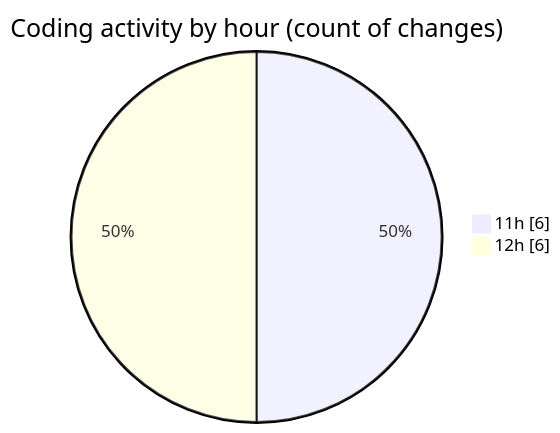
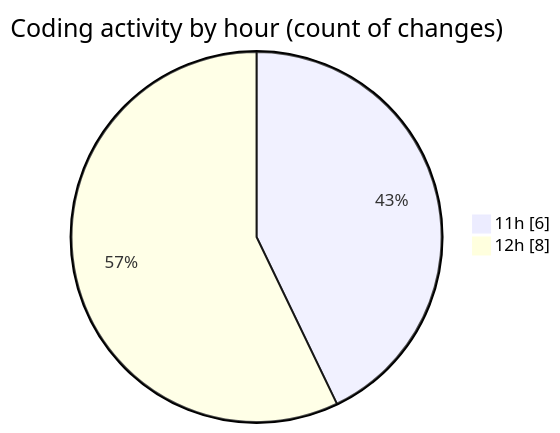
One commit to debugP/code-tracking changed the second of 2 diagrams in 2025-10-17/untitled__workspace_/README.md. Above: the diagram before and after it, drawn with Mermaid. The commit also changed other lines of this file and 1 other file, not shown here.

````diff
--- a/2025-10-17/untitled__workspace_/README.md
+++ b/2025-10-17/untitled__workspace_/README.md
@@ -30,6 +32,6 @@
 ```mermaid
 pie showData
 title Coding activity by hour (count of changes)
 "11h" : 6
-"12h" : 6
+"12h" : 8
 ```
````
